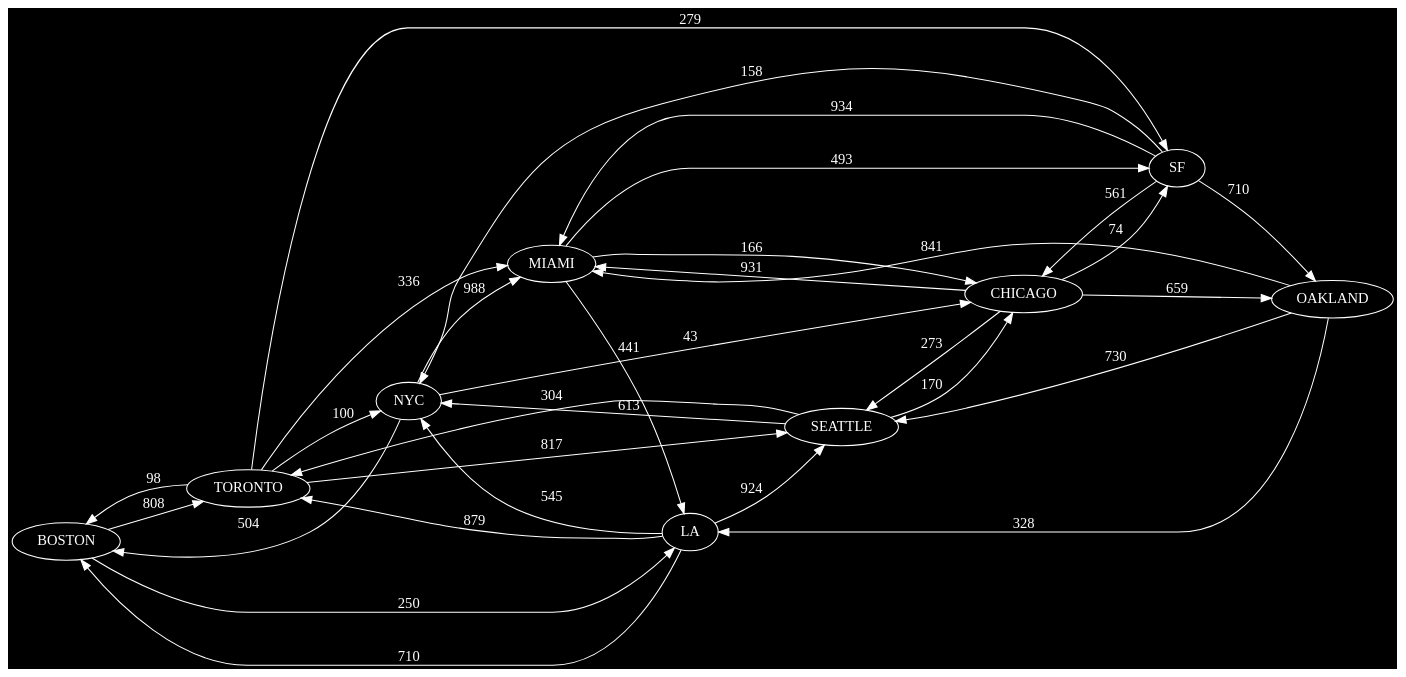
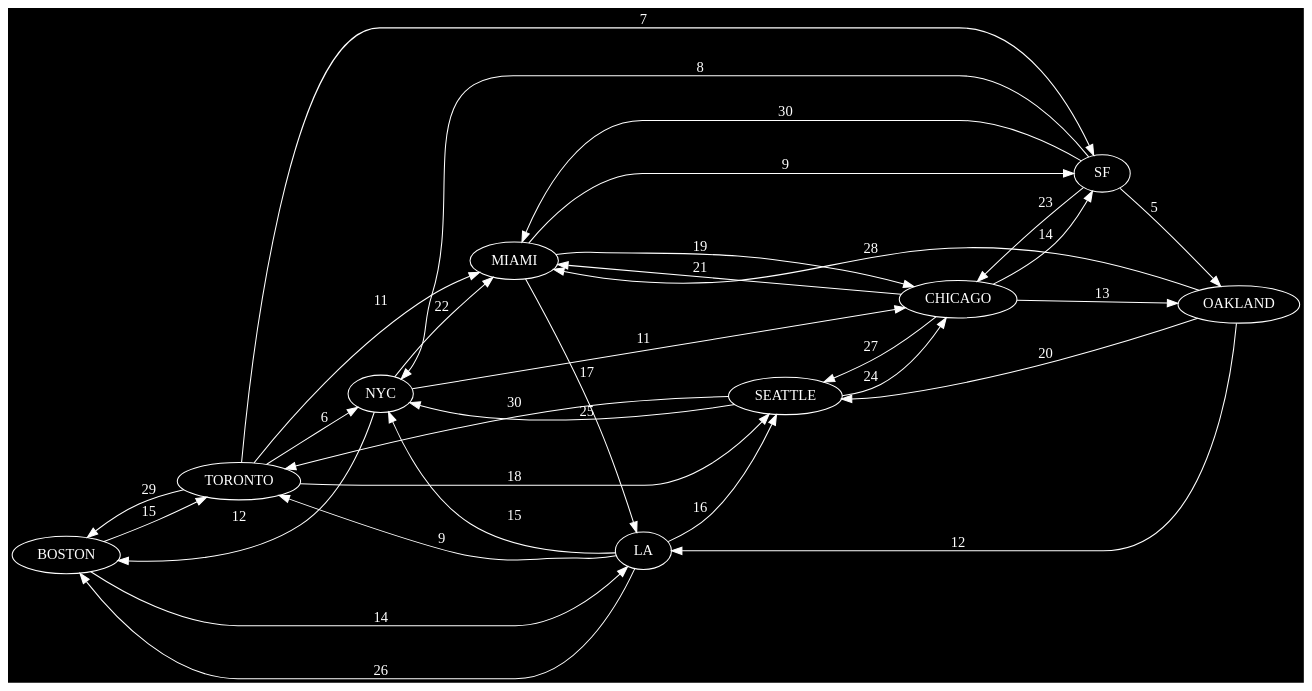
The diagram in final_project/dots/routes.dot (isco355/cis_25), drawn with Graphviz before and after one commit. The commit also changed 10 other files, not shown here.

```diff
--- a/final_project/dots/routes.dot
+++ b/final_project/dots/routes.dot
@@ -1,35 +1,35 @@
 digraph {
 rankdir=LR ;
 bgcolor="black";node [fontcolor="white",color="white"];
-edge[color="white", fontcolor ="white"];BOSTON -> TORONTO [label="808",weight="808"];
-BOSTON -> LA [label="250",weight="250"];
-CHICAGO -> SF [label="74",weight="74"];
-CHICAGO -> OAKLAND [label="659",weight="659"];
-CHICAGO -> MIAMI [label="931",weight="931"];
-CHICAGO -> SEATTLE [label="273",weight="273"];
-LA -> NYC [label="545",weight="545"];
-LA -> TORONTO [label="879",weight="879"];
-LA -> SEATTLE [label="924",weight="924"];
-LA -> BOSTON [label="710",weight="710"];
-MIAMI -> LA [label="441",weight="441"];
-MIAMI -> CHICAGO [label="166",weight="166"];
-MIAMI -> SF [label="493",weight="493"];
-NYC -> CHICAGO [label="43",weight="43"];
-NYC -> MIAMI [label="988",weight="988"];
-NYC -> BOSTON [label="504",weight="504"];
-OAKLAND -> LA [label="328",weight="328"];
-OAKLAND -> SEATTLE [label="730",weight="730"];
-OAKLAND -> MIAMI [label="841",weight="841"];
-SEATTLE -> NYC [label="613",weight="613"];
-SEATTLE -> TORONTO [label="304",weight="304"];
-SEATTLE -> CHICAGO [label="170",weight="170"];
-SF -> OAKLAND [label="710",weight="710"];
-SF -> NYC [label="158",weight="158"];
-SF -> CHICAGO [label="561",weight="561"];
-SF -> MIAMI [label="934",weight="934"];
-TORONTO -> NYC [label="100",weight="100"];
-TORONTO -> SF [label="279",weight="279"];
-TORONTO -> SEATTLE [label="817",weight="817"];
-TORONTO -> MIAMI [label="336",weight="336"];
-TORONTO -> BOSTON [label="98",weight="98"];
+edge[color="white", fontcolor ="white"];BOSTON -> TORONTO [label="15",weight="15"];
+BOSTON -> LA [label="14",weight="14"];
+CHICAGO -> SF [label="14",weight="14"];
+CHICAGO -> OAKLAND [label="13",weight="13"];
+CHICAGO -> MIAMI [label="21",weight="21"];
+CHICAGO -> SEATTLE [label="27",weight="27"];
+LA -> NYC [label="15",weight="15"];
+LA -> TORONTO [label="9",weight="9"];
+LA -> SEATTLE [label="16",weight="16"];
+LA -> BOSTON [label="26",weight="26"];
+MIAMI -> LA [label="17",weight="17"];
+MIAMI -> CHICAGO [label="19",weight="19"];
+MIAMI -> SF [label="9",weight="9"];
+NYC -> CHICAGO [label="11",weight="11"];
+NYC -> MIAMI [label="22",weight="22"];
+NYC -> BOSTON [label="12",weight="12"];
+OAKLAND -> LA [label="12",weight="12"];
+OAKLAND -> SEATTLE [label="20",weight="20"];
+OAKLAND -> MIAMI [label="28",weight="28"];
+SEATTLE -> NYC [label="25",weight="25"];
+SEATTLE -> TORONTO [label="30",weight="30"];
+SEATTLE -> CHICAGO [label="24",weight="24"];
+SF -> OAKLAND [label="5",weight="5"];
+SF -> NYC [label="8",weight="8"];
+SF -> CHICAGO [label="23",weight="23"];
+SF -> MIAMI [label="30",weight="30"];
+TORONTO -> NYC [label="6",weight="6"];
+TORONTO -> SF [label="7",weight="7"];
+TORONTO -> SEATTLE [label="18",weight="18"];
+TORONTO -> MIAMI [label="11",weight="11"];
+TORONTO -> BOSTON [label="29",weight="29"];
 }
```
